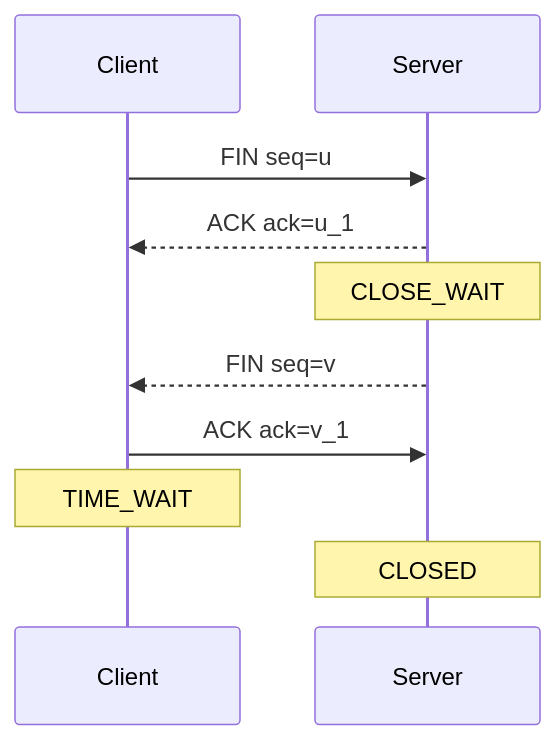
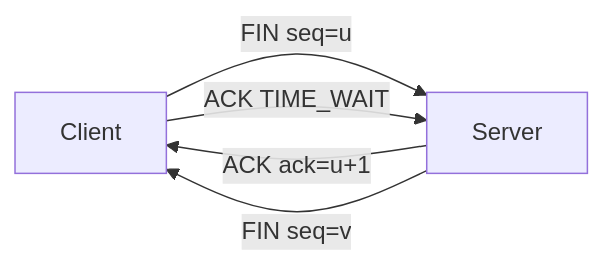
One commit to yjkim2015/yjkim2015.github.io changed the second of 6 diagrams in _posts/network/2026-05-03-tcp-udp-deep.md. Above: the diagram before and after it, drawn with Mermaid. The commit also changed other lines of this file and 84 other files, not shown here.

First line of the commit message:
85개 포스트 Mermaid 다이어그램 규칙 일괄 수정

````diff
--- a/_posts/network/2026-05-03-tcp-udp-deep.md
+++ b/_posts/network/2026-05-03-tcp-udp-deep.md
@@ -98,12 +94,7 @@
 ```mermaid
-sequenceDiagram
-    participant C as Client
-    participant S as Server
-    C->>S: FIN seq=u
-    S-->>C: ACK ack=u_1
-    Note over S: CLOSE_WAIT
-    S-->>C: FIN seq=v
-    C->>S: ACK ack=v_1
-    Note over C: TIME_WAIT
-    Note over S: CLOSED
+graph LR
+    C["Client"] -->|"FIN seq=u"| S["Server"]
+    S -->|"ACK ack=u+1"| C
+    S -->|"FIN seq=v"| C
+    C -->|"ACK TIME_WAIT"| S
 ```
````
